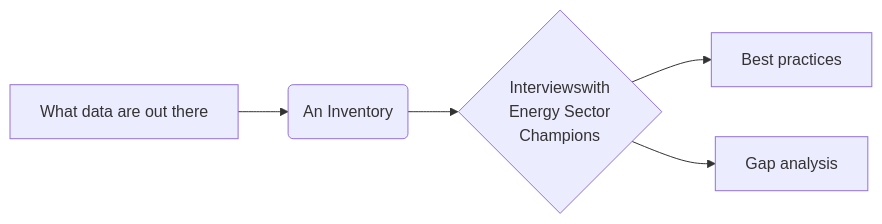
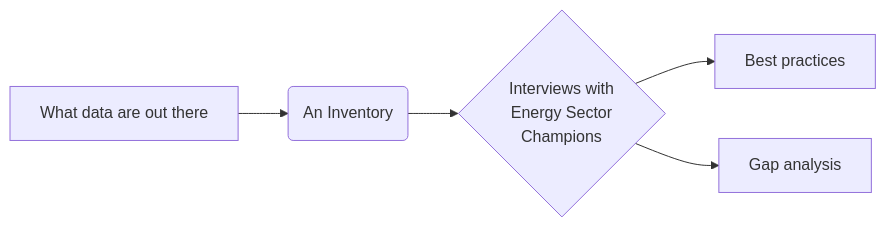
The diagram in ecdg_report/PurposeOfTheGuide.qmd (Ouranosinc/energy_climate_data_guide), drawn with Mermaid before and after one commit. The commit also changed other lines of this file and 1 other file, not shown here.

````diff
--- a/ecdg_report/PurposeOfTheGuide.qmd
+++ b/ecdg_report/PurposeOfTheGuide.qmd
@@ -24,7 +27,7 @@
 ```{mermaid}
 flowchart LR
   A[What data are out there] --> B(An Inventory)
-  B --> C{Interviewswith\nEnergy Sector\nChampions}
+  B --> C{Interviews with\nEnergy Sector\nChampions}
   C --> D[Best practices]
   C --> E[Gap analysis]
 ```
````
